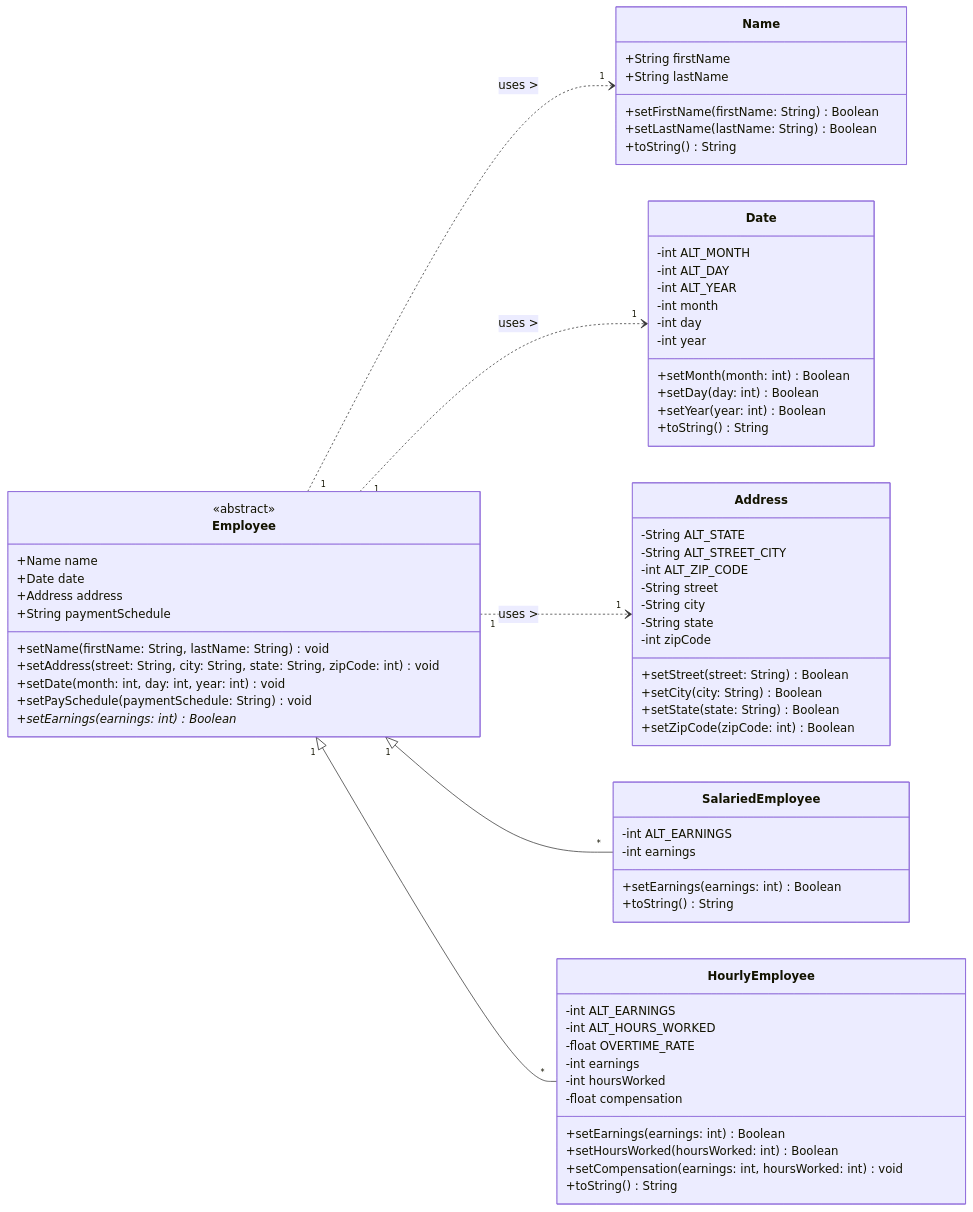
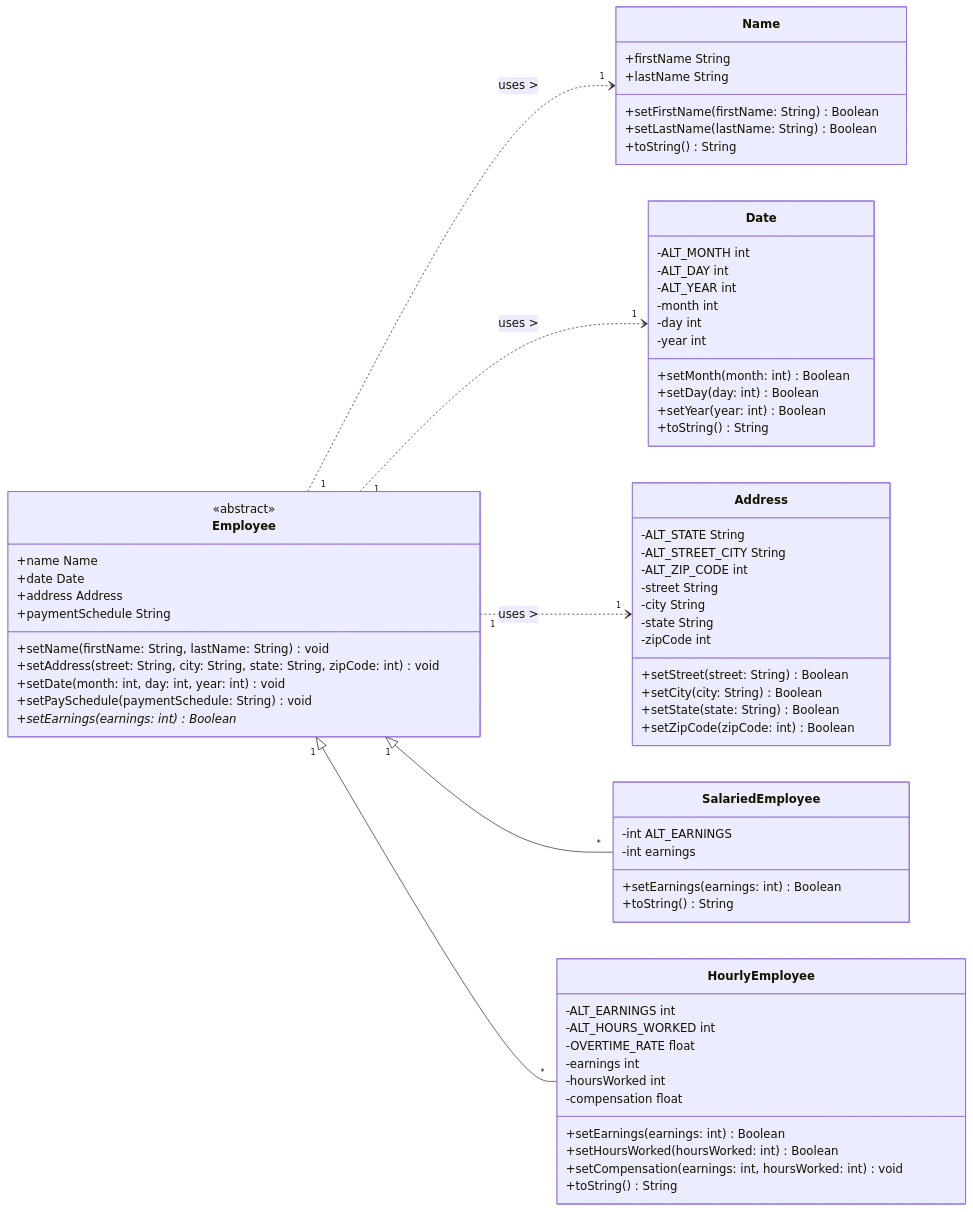
One commit to justinthelaw/jhu-605.20x changed the diagram in programming-in-java/module-07/EmployeeEnhanced.md. Above: the diagram before and after it, drawn with Mermaid. The commit also changed 1 other file, not shown here.

Commit message:
fixed module-07 UML, begin module-08

````diff
--- a/programming-in-java/module-07/EmployeeEnhanced.md
+++ b/programming-in-java/module-07/EmployeeEnhanced.md
@@ -29,82 +29,82 @@
 ```mermaid
 classDiagram
     direction LR
 
     %% Employee base class and helper classes %%
     %% Employee
     Employee "1" ..> "1" Name : uses >
     Employee "1" ..> "1" Date : uses >
     Employee "1" ..> "1" Address : uses >
 
     class Employee{
         <<abstract>>
-        +Name name
-        +Date date
-        +Address address
-        +String paymentSchedule
+        +name Name
+        +date Date
+        +address Address
+        +paymentSchedule String
         +setName(firstName: String, lastName: String) void
         +setAddress(street: String, city: String, state: String, zipCode: int) void
         +setDate(month: int, day: int, year: int) void
         +setPaySchedule(paymentSchedule: String) void
         +setEarnings(earnings: int)* Boolean
     }
 
     class Name{
-        +String firstName
-        +String lastName
+        +firstName String
+        +lastName String
         +setFirstName(firstName: String) Boolean
         +setLastName(lastName: String) Boolean
         +toString() String
     }
 
     class Date{
-      -int ALT_MONTH
-      -int ALT_DAY
-      -int ALT_YEAR
-      -int month
-      -int day
-      -int year
+      -ALT_MONTH int
+      -ALT_DAY int
+      -ALT_YEAR int
+      -month int
+      -day int
+      -year int
       +setMonth(month: int) Boolean
       +setDay(day: int) Boolean
       +setYear(year: int) Boolean
       +toString() String
     }
 
     class Address{
-      -String ALT_STATE
-      -String ALT_STREET_CITY
-      -int ALT_ZIP_CODE
-      -String street
-      -String city
-      -String state
-      -int zipCode
+      -ALT_STATE String
+      -ALT_STREET_CITY String
+      -ALT_ZIP_CODE int
+      -street String
+      -city String
+      -state String
+      -zipCode int
       +setStreet(street: String) Boolean
       +setCity(city: String) Boolean
       +setState(state: String) Boolean
       +setZipCode(zipCode: int) Boolean
     }
 
     %% Employee subclasses %%
     Employee "1" <|-- "*" SalariedEmployee
     Employee "1" <|-- "*" HourlyEmployee
 
     class SalariedEmployee{
       -int ALT_EARNINGS
       -int earnings
       +setEarnings(earnings: int) Boolean
       +toString() String
     }
 
     class HourlyEmployee{
-      -int ALT_EARNINGS
-      -int ALT_HOURS_WORKED
-      -float OVERTIME_RATE
-      -int earnings
-      -int hoursWorked
-      -float compensation
+      -ALT_EARNINGS int
+      -ALT_HOURS_WORKED int
+      -OVERTIME_RATE float
+      -earnings int
+      -hoursWorked int
+      -compensation float
       +setEarnings(earnings: int) Boolean
       +setHoursWorked(hoursWorked: int) Boolean
       +setCompensation(earnings: int, hoursWorked: int) void
       +toString() String
     }
 ```
````
